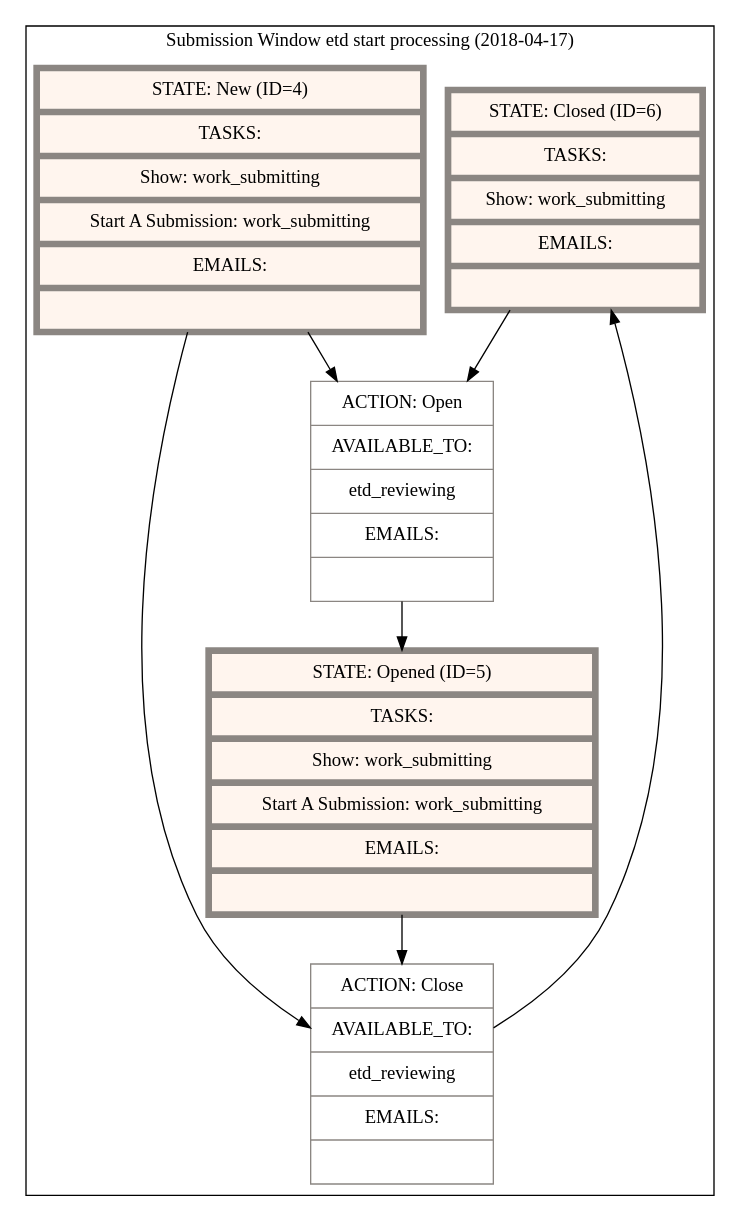
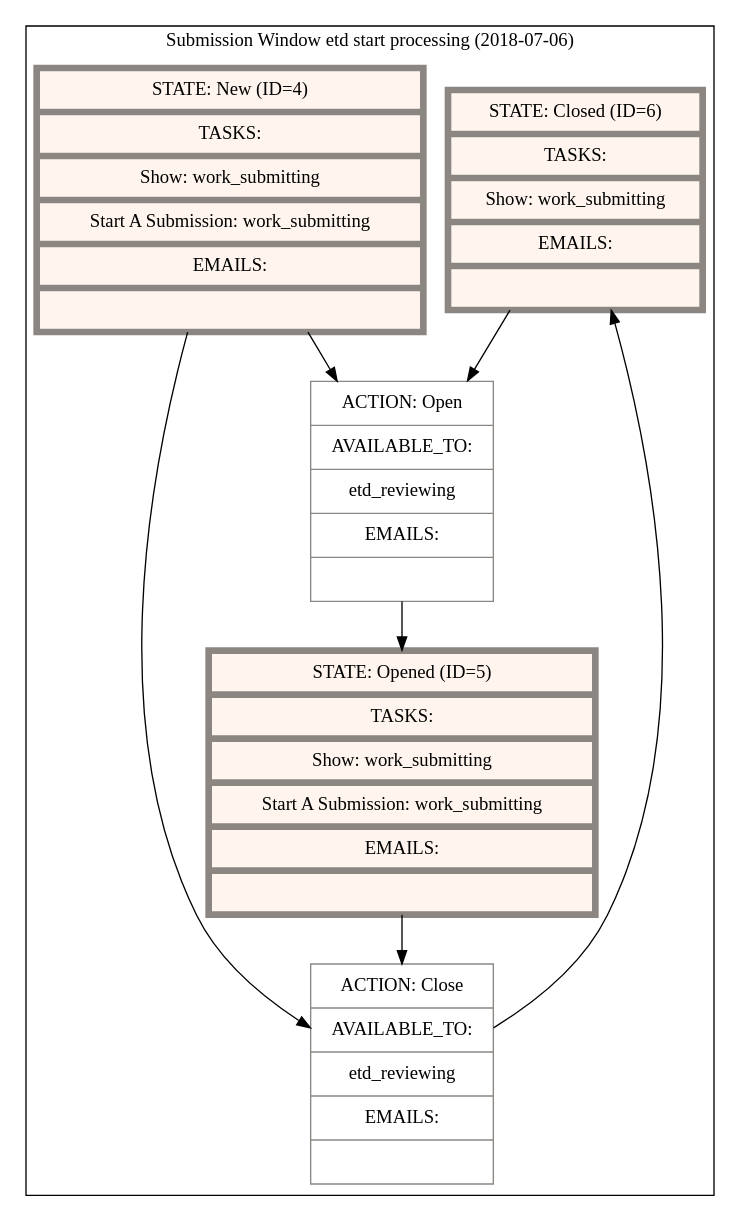
Before and after one commit to ndlib/sipity: the diagram in artifacts/state_machines/submission_window_etd_start_processing.dot, drawn with Graphviz. The commit also changed 12 other files, not shown here.

```diff
--- a/artifacts/state_machines/submission_window_etd_start_processing.dot
+++ b/artifacts/state_machines/submission_window_etd_start_processing.dot
@@ -1,27 +1,27 @@
 digraph "G" {
   compound=true;
   node[color="grey15" margin="0.15, 0.125"];
   subgraph cluster_0 {
-    label="Submission Window etd start processing (2018-04-17)"
+    label="Submission Window etd start processing (2018-07-06)"
     node[style=filled fillcolor=white color="seashell4"]
     subgraph 0 {
       label="States";
       node[shape="record" fillcolor="seashell1" penwidth=5]
       state_closed [label="{ STATE: Closed (ID=6)| TASKS: | Show: work_submitting | EMAILS: |  }"]
       state_new [label="{ STATE: New (ID=4)| TASKS: | Show: work_submitting | Start A Submission: work_submitting | EMAILS: |  }"]
       state_opened [label="{ STATE: Opened (ID=5)| TASKS: | Show: work_submitting | Start A Submission: work_submitting | EMAILS: |  }"]
     }
     subgraph 1 {
       label="Actions"
       node[shape="record" shape=record penwidth=1]
         action_open [label="{ ACTION: Open | AVAILABLE_TO: | etd_reviewing | EMAILS: |  }"]
         action_close [label="{ ACTION: Close | AVAILABLE_TO: | etd_reviewing | EMAILS: |  }"]
     }
       state_closed -> action_open
       action_open -> state_opened
       state_new -> action_open
       state_new -> action_close
       action_close -> state_closed
       state_opened -> action_close
   }
 }
```
